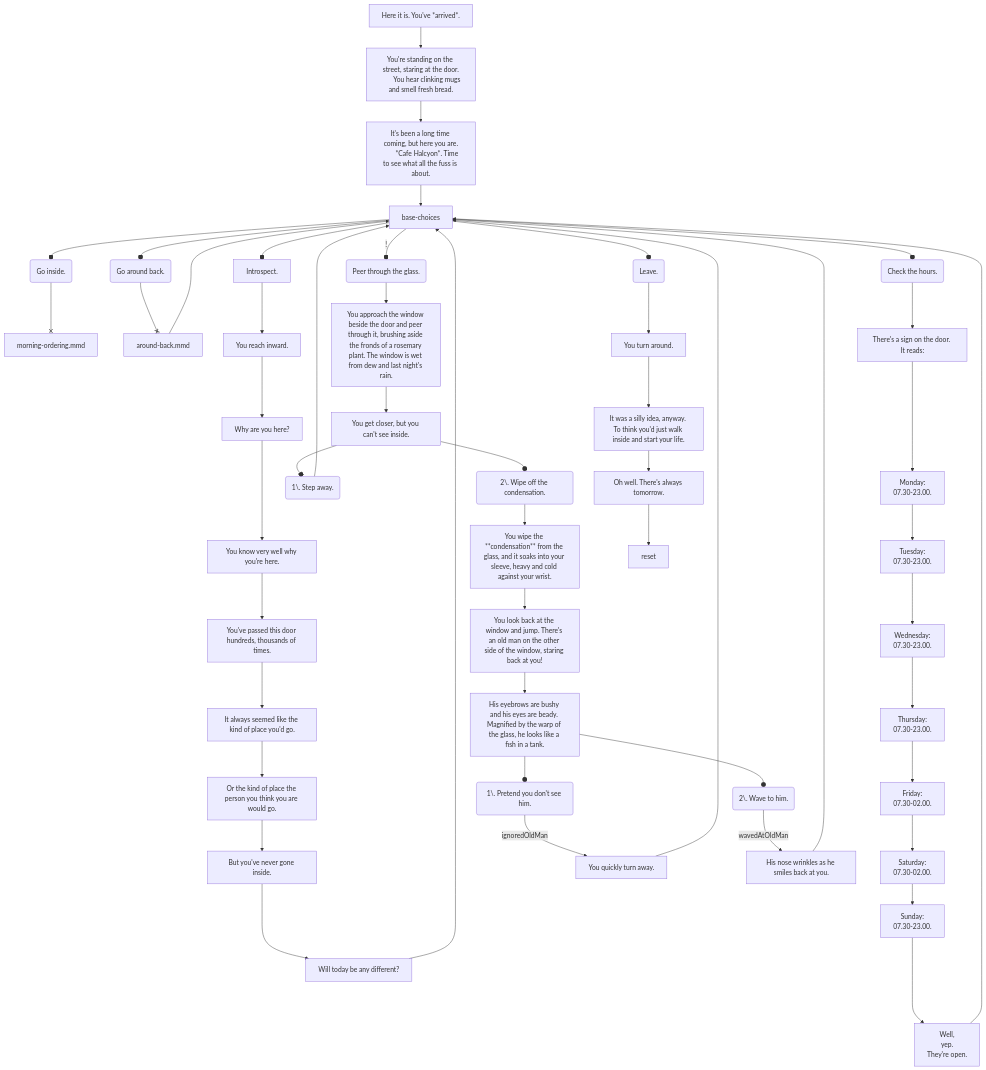
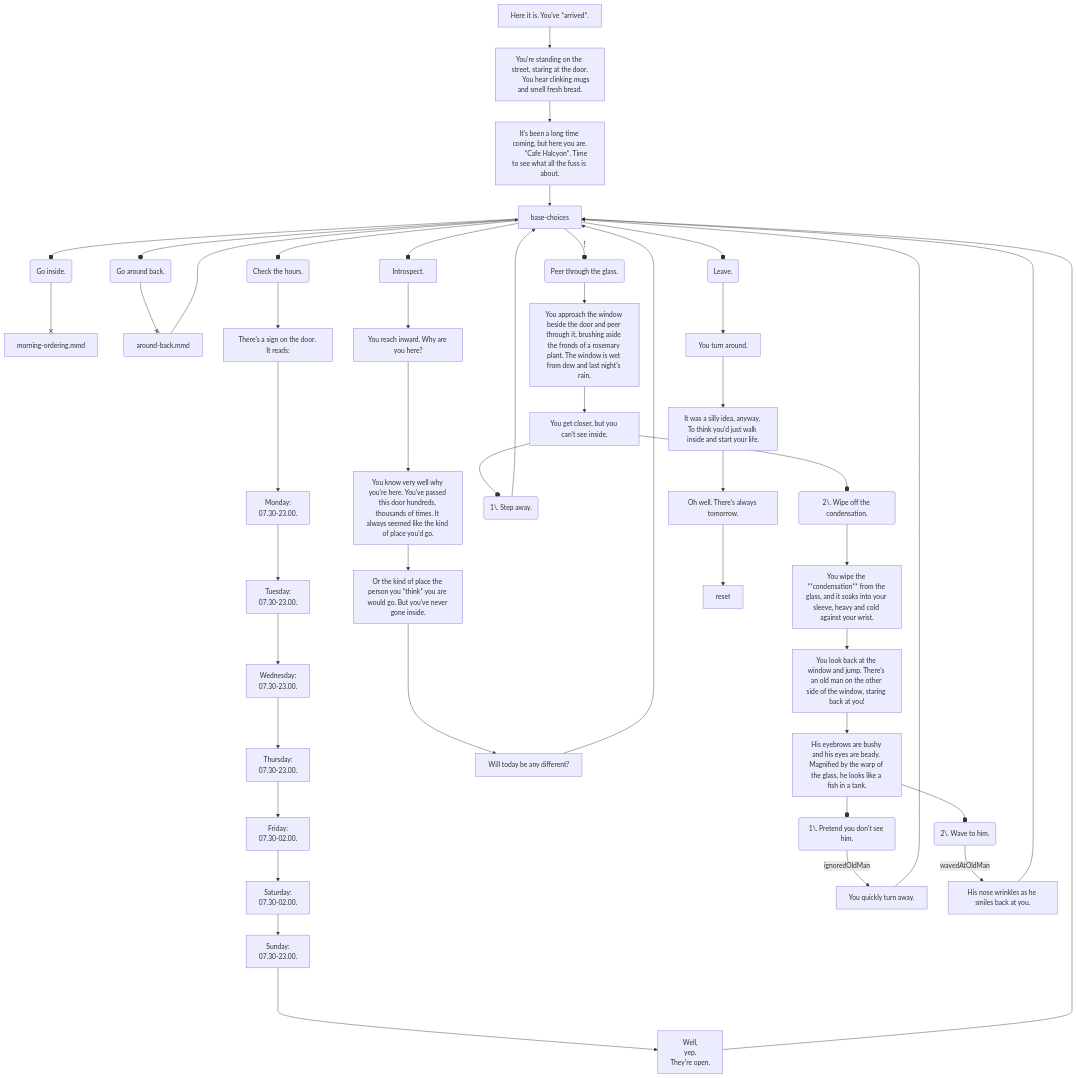
Before and after one commit to probablyduncan/cafe: the diagram in src/assets/scenes/morning-start-outside.mmd, drawn with Mermaid. The commit also changed 8 other files, not shown here.

```diff
--- a/src/assets/scenes/morning-start-outside.mmd
+++ b/src/assets/scenes/morning-start-outside.mmd
@@ -1,111 +1,107 @@
 flowchart TD
     i[Here it is. You've *arrived*.]
     --> ii[
         You're standing on the street, staring at the door.
         You hear clinking mugs and smell fresh bread.
     ]
     --> iii[
         It's been a long time coming, but here you are.
         *Cafe Halcyon*. Time to see what all the fuss is about.
     ]
     iii --> base-choices
     
     %% hub
     base-choices --o go-inside(Go inside.) --x inside[morning-ordering.mmd]
     base-choices --o check-hours(Check the hours.)
     base-choices --o investigate-feelings[Introspect.]
     base-choices -- ! --o peer-through-glass(Peer through the glass.)
     base-choices --o go-around-back(Go around back.) --x around-back[around-back.mmd] --> base-choices
     base-choices --o leave(Leave.)
 
     %% 
     %% hours
     %% 
 
     check-hours 
     --> check-hours-i[There's a sign on the door. It reads:]
     ---> mon[
         Monday:
         07.30-23.00.
     ]
     --> tues[
         Tuesday:
         07.30-23.00.
     ]
     --> wed[
         Wednesday:
         07.30-23.00.
     ]
     --> thurs[
         Thursday:
         07.30-23.00.
     ]
     --> fri[
         Friday:
         07.30-02.00.
     ]
     --> sat[
         Saturday:
         07.30-02.00.
     ]
     --> sun[
         Sunday:
         07.30-23.00.
     ]
     ----> check-hours-iii[
         Well,
         yep.
         They're open.
     ]
     --> base-choices
 
     %% 
     %% investigate your feelings
     %% 
 
-    investigate-feelings --> if1[You reach inward.]
-    --> if2[Why are you here?]
-    ---> if6[You know very well why you're here.]
-    --> if3[You've passed this door hundreds, thousands of times.]
-    --> if4[It always seemed like the kind of place you'd go.]
-    --> if5[Or the kind of place the person you think you are would go.]
-    --> if9[But you've never gone inside.]
+    investigate-feelings --> if1[You reach inward. Why are you here?]
+    ---> if6[You know very well why you're here. You've passed this door hundreds, thousands of times. It always seemed like the kind of place you'd go.]
+    --> if5[Or the kind of place the person you *think* you are would go. But you've never gone inside.]
     ---> if8[Will today be any different?]
     --> base-choices
 
     %% 
     %% peer through glass
     %% 
 
     peer-through-glass --> peer-through-glass-i[You approach the window beside the door and peer through it, brushing aside the fronds of a rosemary plant. The window is wet from dew and last night's rain.]
     --> peer-through-glass-ii[You get closer, but you can't see inside.]
 
     %% don't wipe glass
     peer-through-glass-ii 
     --o peer-through-glass-ii-i(1\. Step away.)
     --> base-choices
 
     %% surprise! old man
     peer-through-glass-ii --o peer-through-glass-ii-ii(2\. Wipe off the condensation.) 
     --> peer-through-glass-iii[You wipe the **condensation** from the glass, and it soaks into your sleeve, heavy and cold against your wrist.]
     --> peer-through-glass-iv[You look back at the window and jump. There's an old man on the other side of the window, staring back at you!]
     --> peer-through-glass-v[His eyebrows are bushy and his eyes are beady. Magnified by the warp of the glass, he looks like a fish in a tank.]
 
     %% ignore him
     peer-through-glass-v --o peer-through-glass-v-i(1\. Pretend you don't see him.) 
     -- ignoredOldMan --> peer-through-glass-v-i-i[You quickly turn away.] 
     --> base-choices
 
     %% wave at him
     peer-through-glass-v --o peer-through-glass-v-ii(2\. Wave to him.) 
     -- wavedAtOldMan --> peer-through-glass-v-ii-i[His nose wrinkles as he smiles back at you.] 
     --> base-choices
     
     %% 
     %% leave
     %% 
 
     leave --> leave-i[You turn around.]
     --> leave-ii[It was a silly idea, anyway. To think you'd just walk inside and start your life.]
     --> leave-iii[Oh well. There's always tomorrow.]
     --> reset
```
